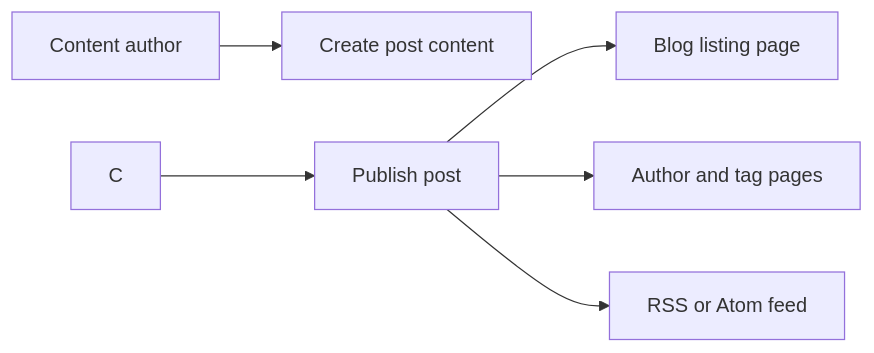
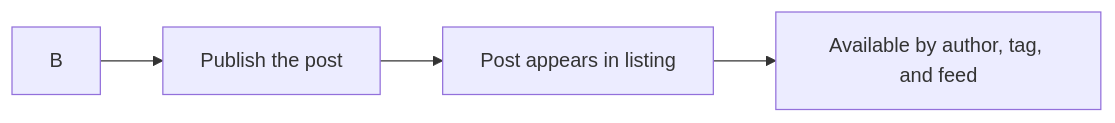
One commit to Mohita111/API2 changed the second of 2 diagrams in api2-documentation/plan_2026-11-02_f8890e/user-facing-docs/blog.md. Above: the diagram before and after it, drawn with Mermaid. The commit also changed other lines of this file and 12 other files, not shown here.

````diff
--- a/api2-documentation/plan_2026-11-02_f8890e/user-facing-docs/blog.md
+++ b/api2-documentation/plan_2026-11-02_f8890e/user-facing-docs/blog.md
@@ -31,8 +67,6 @@
 ```mermaid
 graph LR
-    A[Content author] --> B[Create post content]
-    C --> D[Publish post]
-    D --> E[Blog listing page]
-    D --> F[Author and tag pages]
-    D --> G[RSS or Atom feed]
+    B --> C[Publish the post]
+    C --> D[Post appears in listing]
+    D --> E["Available by author, tag, and feed"]
 ```
````
